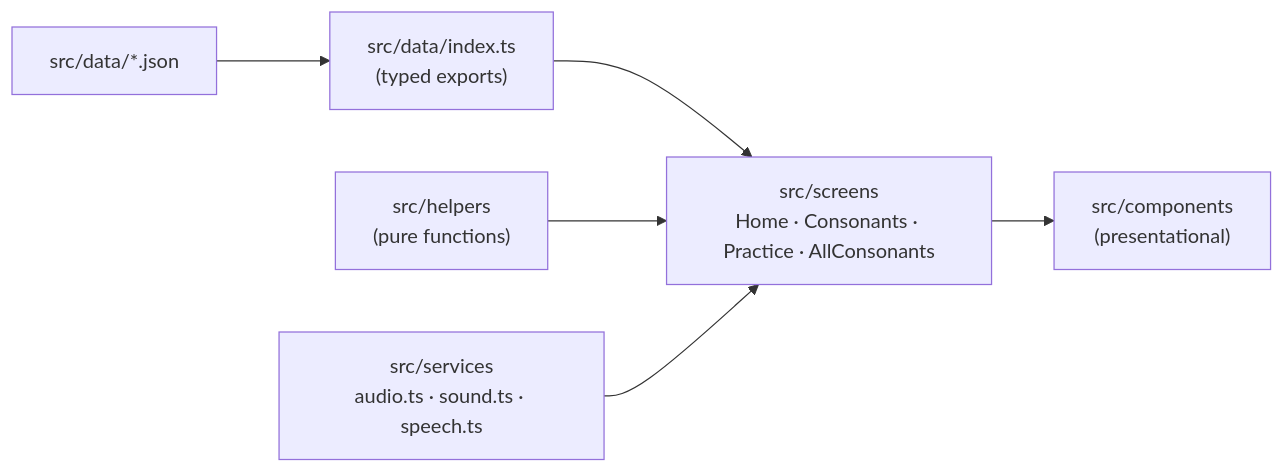
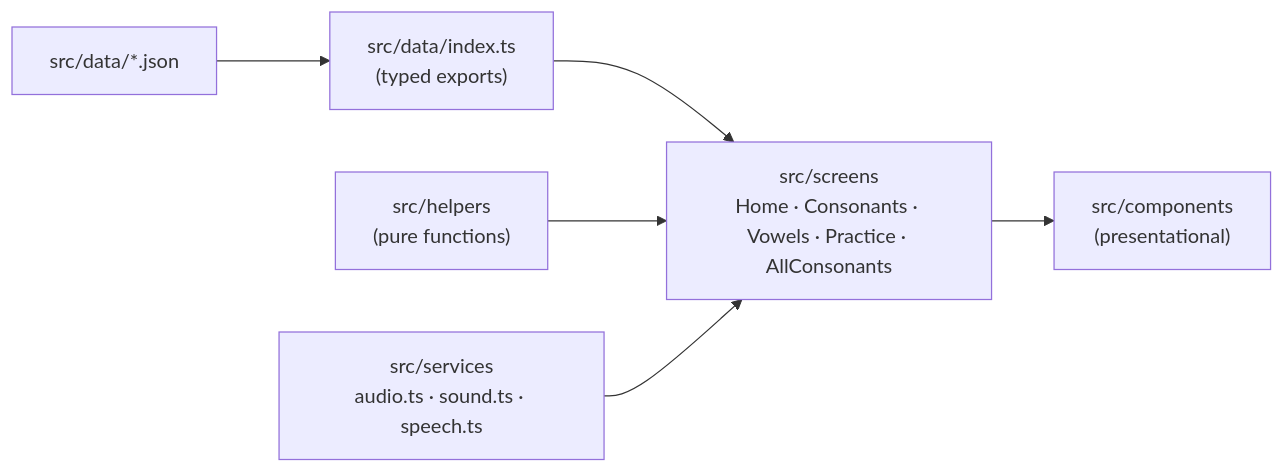
One commit to MinHan-Kyaw/thai-learning changed the first of 2 diagrams in docs/architecture.md. Above: the diagram before and after it, drawn with Mermaid. The commit also changed other lines of this file and 21 other files, not shown here.

````diff
--- a/docs/architecture.md
+++ b/docs/architecture.md
@@ -14,8 +14,8 @@
 ```mermaid
 flowchart LR
   JSON["src/data/*.json"] --> Loader["src/data/index.ts<br/>(typed exports)"]
   Loader --> Screens
   Helpers["src/helpers<br/>(pure functions)"] --> Screens
   Services["src/services<br/>audio.ts · sound.ts · speech.ts"] --> Screens
-  Screens["src/screens<br/>Home · Consonants · Practice · AllConsonants"] --> Components["src/components<br/>(presentational)"]
+  Screens["src/screens<br/>Home · Consonants · Vowels · Practice · AllConsonants"] --> Components["src/components<br/>(presentational)"]
 ```
````
